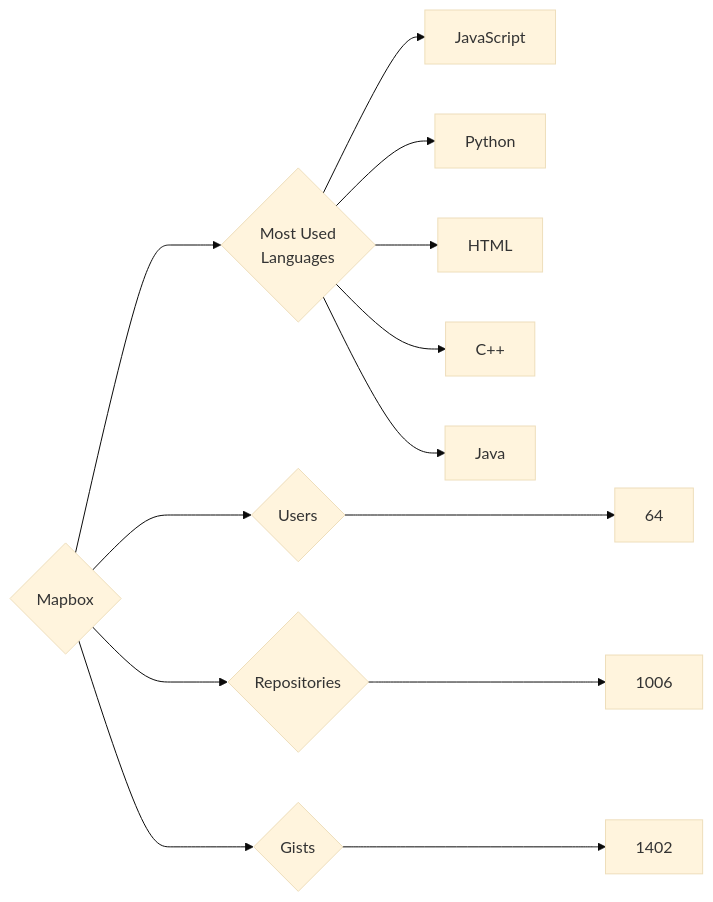
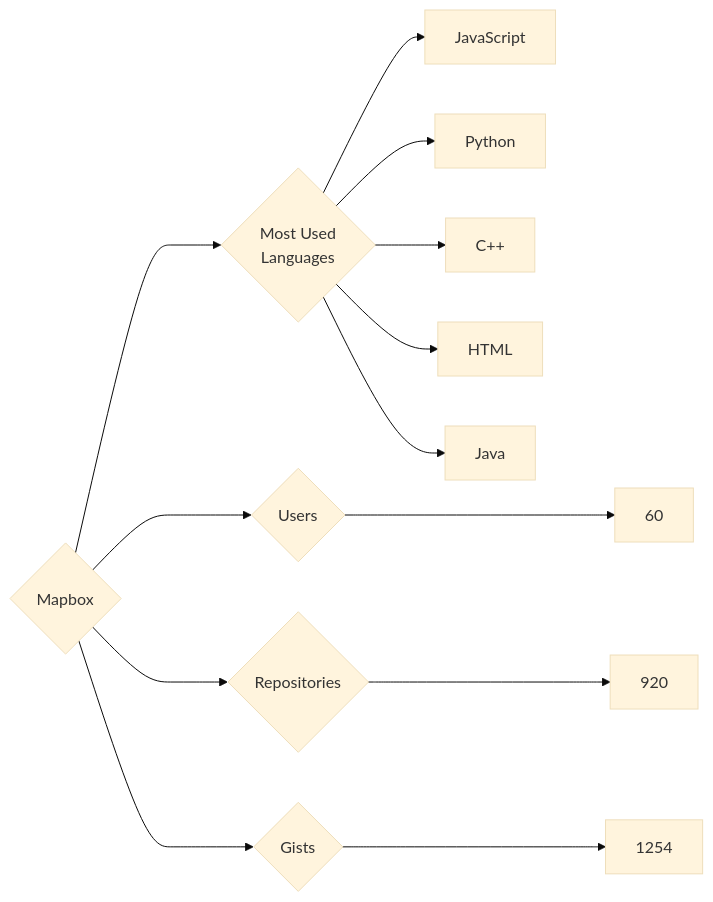
One commit to trickest/insiders changed the diagram in targets/Mapbox/README.md. Above: the diagram before and after it, drawn with Mermaid (base theme). The commit also changed 823 other files, not shown here.

````diff
--- a/targets/Mapbox/README.md
+++ b/targets/Mapbox/README.md
@@ -3,13 +3,13 @@
 ```mermaid
 graph LR
 COMPANY_NAME{Mapbox}
-COMPANY_NAME ---> U{Users} ---> UN[64]
-COMPANY_NAME ---> R{Repositories} ---> RN[1006]
-COMPANY_NAME ---> G{Gists} ---> GN[1402]
+COMPANY_NAME ---> U{Users} ---> UN[60]
+COMPANY_NAME ---> R{Repositories} ---> RN[920]
+COMPANY_NAME ---> G{Gists} ---> GN[1254]
 COMPANY_NAME ---> ML{Most Used<br>Languages}
 ML --> JavaScript[JavaScript]
 ML --> Python[Python]
+ML --> C++[C++]
 ML --> HTML[HTML]
-ML --> C++[C++]
 ML --> Java[Java]
 ```
````
